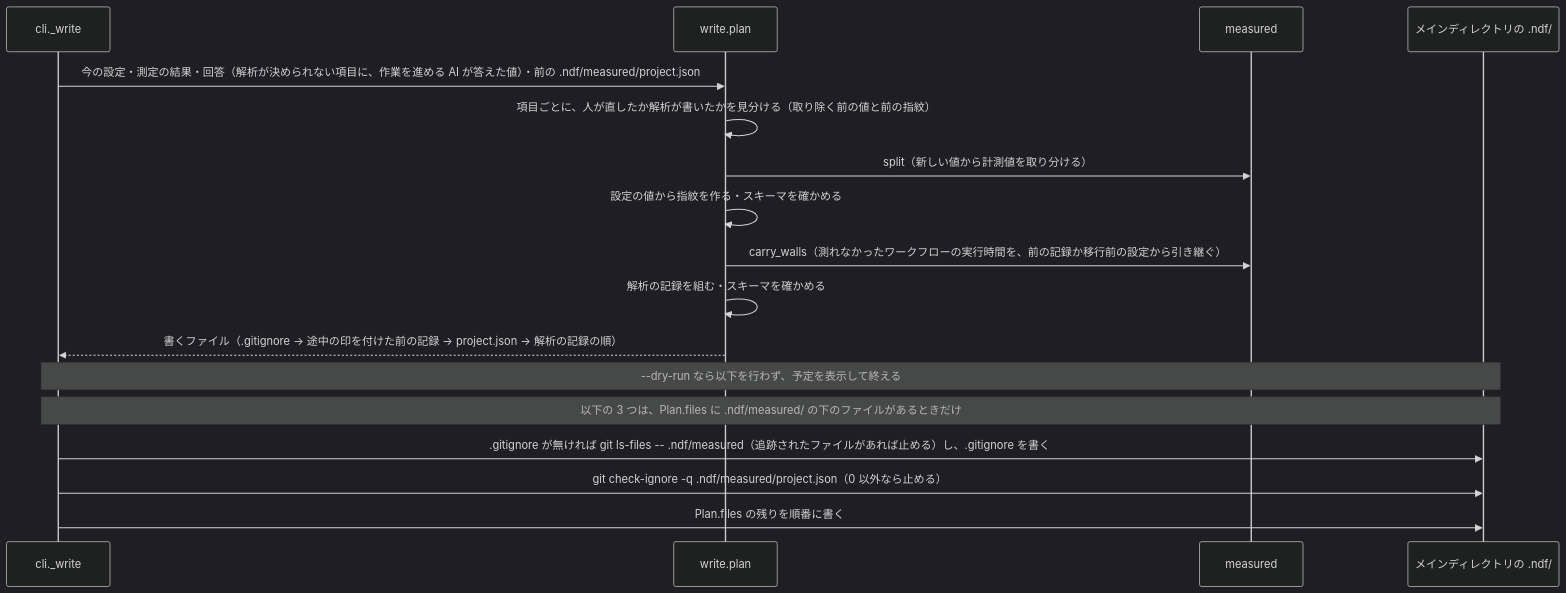
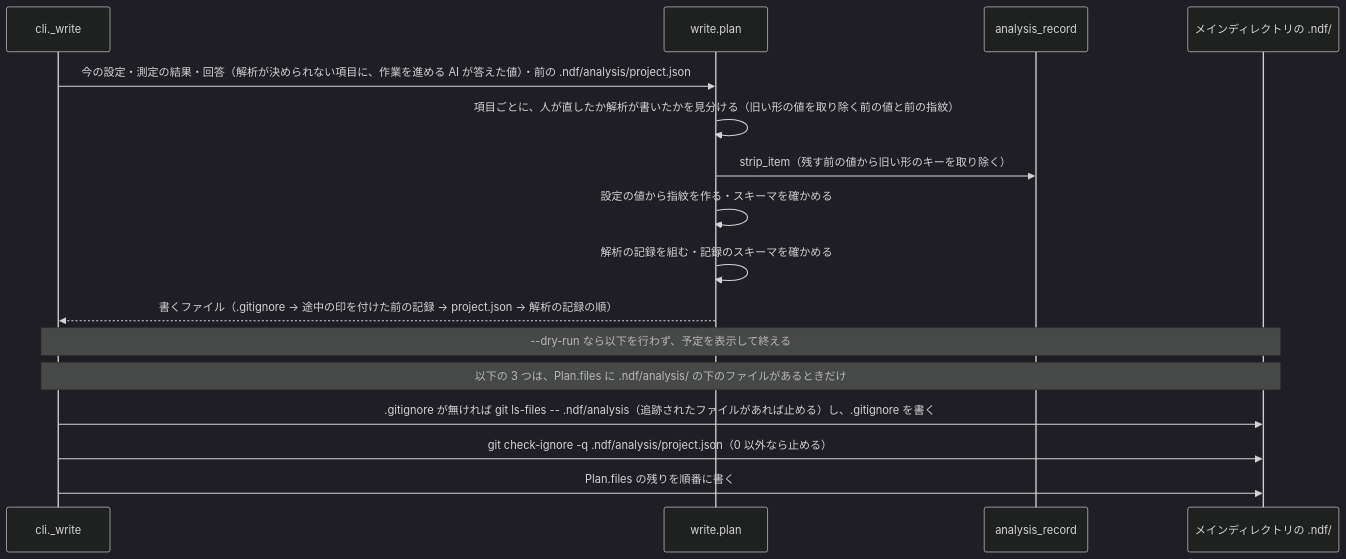
Before and after one commit to devbasex/ai-plugins: the third of 3 diagrams in issues/issue-4516-design.md, drawn with Mermaid (dark theme). The commit also changed other lines of this file and 5 other files, not shown here.

````diff
--- a/issues/issue-4516-design.md
+++ b/issues/issue-4516-design.md
@@ -174,19 +181,18 @@
 ```mermaid
 sequenceDiagram
   participant CLI as cli._write
   participant W as write.plan
-  participant MS as measured
+  participant AR as analysis_record
   participant FS as メインディレクトリの .ndf/
-  CLI->>W: 今の設定・測定の結果・回答（解析が決められない項目に、作業を進める AI が答えた値）・前の .ndf/measured/project.json
-  W->>W: 項目ごとに、人が直したか解析が書いたかを見分ける（取り除く前の値と前の指紋）
-  W->>MS: split（新しい値から計測値を取り分ける）
+  CLI->>W: 今の設定・測定の結果・回答（解析が決められない項目に、作業を進める AI が答えた値）・前の .ndf/analysis/project.json
+  W->>W: 項目ごとに、人が直したか解析が書いたかを見分ける（旧い形の値を取り除く前の値と前の指紋）
+  W->>AR: strip_item（残す前の値から旧い形のキーを取り除く）
   W->>W: 設定の値から指紋を作る・スキーマを確かめる
-  W->>MS: carry_walls（測れなかったワークフローの実行時間を、前の記録か移行前の設定から引き継ぐ）
-  W->>W: 解析の記録を組む・スキーマを確かめる
+  W->>W: 解析の記録を組む・記録のスキーマを確かめる
   W-->>CLI: 書くファイル（.gitignore → 途中の印を付けた前の記録 → project.json → 解析の記録の順）
   Note over CLI,FS: --dry-run なら以下を行わず、予定を表示して終える
-  Note over CLI,FS: 以下の 3 つは、Plan.files に .ndf/measured/ の下のファイルがあるときだけ
-  CLI->>FS: .gitignore が無ければ git ls-files -- .ndf/measured（追跡されたファイルがあれば止める）し、.gitignore を書く
-  CLI->>FS: git check-ignore -q .ndf/measured/project.json（0 以外なら止める）
+  Note over CLI,FS: 以下の 3 つは、Plan.files に .ndf/analysis/ の下のファイルがあるときだけ
+  CLI->>FS: .gitignore が無ければ git ls-files -- .ndf/analysis（追跡されたファイルがあれば止める）し、.gitignore を書く
+  CLI->>FS: git check-ignore -q .ndf/analysis/project.json（0 以外なら止める）
   CLI->>FS: Plan.files の残りを順番に書く
 ```
````
